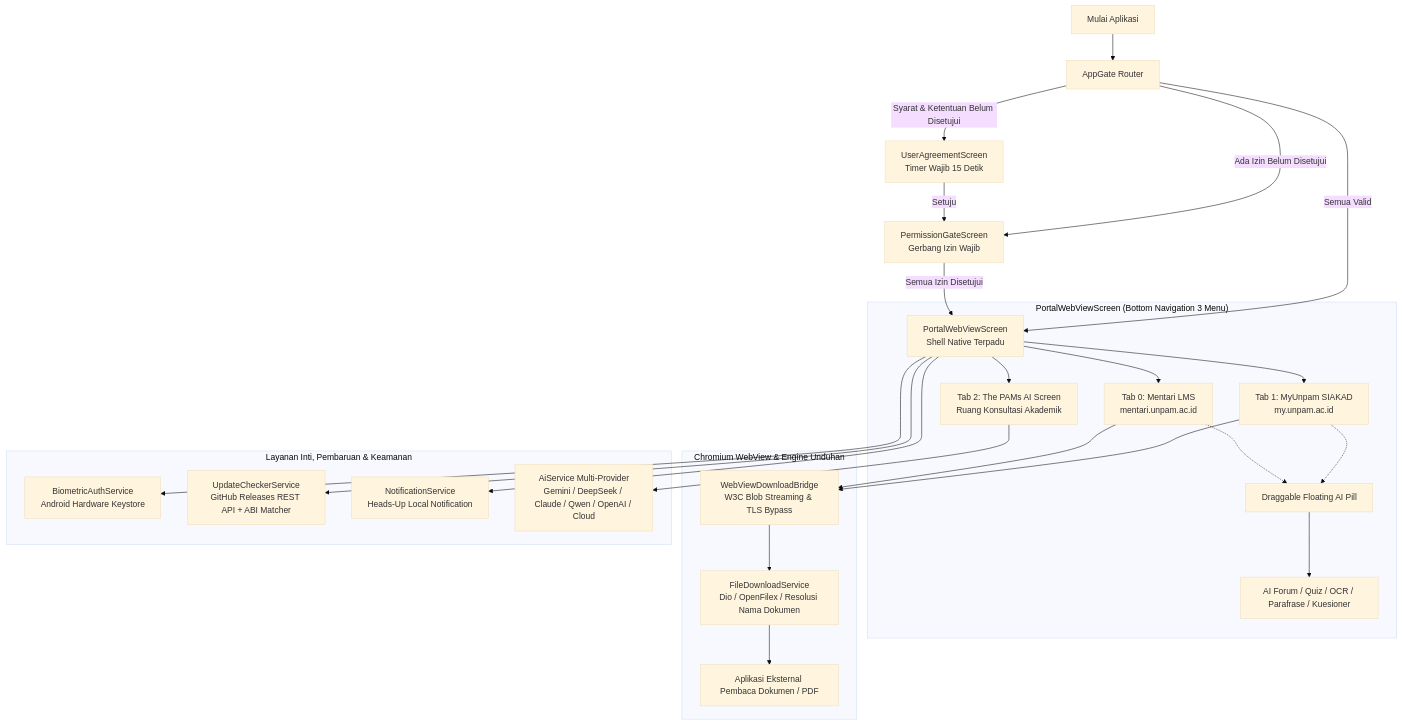
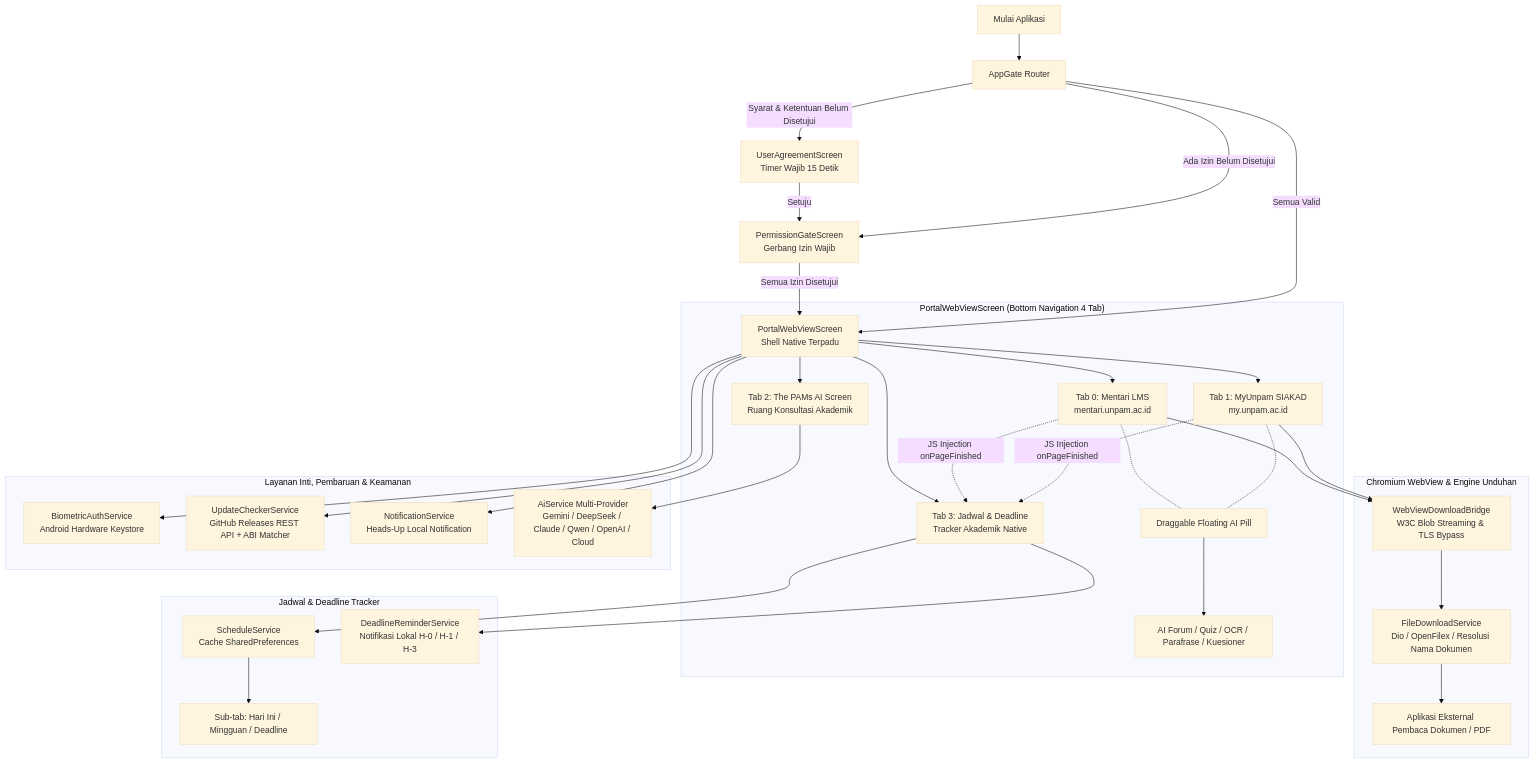
Before and after one commit to codewithtama/unpam_mobile: the diagram in README.md, drawn with Mermaid (base theme). The commit also changed other lines of this file, not shown here.

````diff
--- a/README.md
+++ b/README.md
@@ -48,33 +49,43 @@
 ```mermaid
 graph TD
     A[Mulai Aplikasi] --> B[AppGate Router]
     B -->|Syarat & Ketentuan Belum Disetujui| C[UserAgreementScreen<br>Timer Wajib 15 Detik]
     C -->|Setuju| D[PermissionGateScreen<br>Gerbang Izin Wajib]
     B -->|Ada Izin Belum Disetujui| D
     D -->|Semua Izin Disetujui| E[PortalWebViewScreen<br>Shell Native Terpadu]
     B -->|Semua Valid| E
 
-    subgraph "PortalWebViewScreen (Bottom Navigation 3 Menu)"
+    subgraph "PortalWebViewScreen (Bottom Navigation 4 Tab)"
         E --> F[Tab 0: Mentari LMS<br>mentari.unpam.ac.id]
         E --> G[Tab 1: MyUnpam SIAKAD<br>my.unpam.ac.id]
         E --> H[Tab 2: The PAMs AI Screen<br>Ruang Konsultasi Akademik]
-        
-        F -.-> I[Draggable Floating AI Pill]
-        G -.-> I
+        E --> S[Tab 3: Jadwal & Deadline<br>Tracker Akademik Native]
+
+        F -.- I[Draggable Floating AI Pill]
+        G -.- I
         I --> J[AI Forum / Quiz / OCR / Parafrase / Kuesioner]
+
+        F -.->|JS Injection onPageFinished| S
+        G -.->|JS Injection onPageFinished| S
     end
 
     subgraph "Chromium WebView & Engine Unduhan"
         F --> K[WebViewDownloadBridge<br>W3C Blob Streaming & TLS Bypass]
         G --> K
         K --> L[FileDownloadService<br>Dio / OpenFilex / Resolusi Nama Dokumen]
         L --> M[Aplikasi Eksternal Pembaca Dokumen / PDF]
     end
 
+    subgraph "Jadwal & Deadline Tracker"
+        S --> SA[ScheduleService<br>Cache SharedPreferences]
+        S --> SB[DeadlineReminderService<br>Notifikasi Lokal H-0 / H-1 / H-3]
+        SA --> SC[Sub-tab: Hari Ini / Mingguan / Deadline]
+    end
+
     subgraph "Layanan Inti, Pembaruan & Keamanan"
         E --> N[BiometricAuthService<br>Android Hardware Keystore]
         E --> O[UpdateCheckerService<br>GitHub Releases REST API + ABI Matcher]
         E --> P[NotificationService<br>Heads-Up Local Notification]
         H --> Q[AiService Multi-Provider<br>Gemini / DeepSeek / Claude / Qwen / OpenAI / Cloud]
     end
 ```
````
